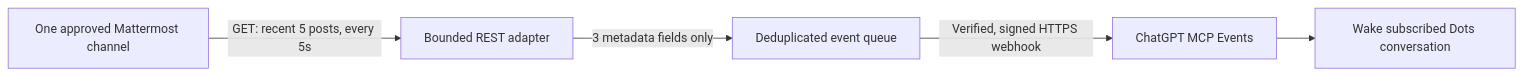
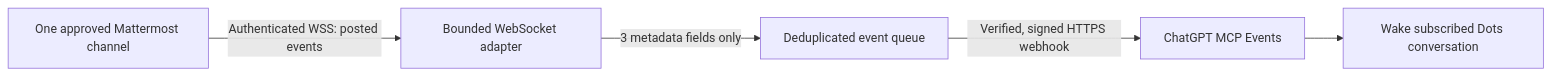
The diagram in README.md (moruku36/mattermost-dots-poc), drawn with Mermaid before and after one commit. The commit also changed other lines of this file and 14 other files, not shown here.

Commit message:
Replace bounded REST polling with authenticated WebSocket posted events

````diff
--- a/README.md
+++ b/README.md
@@ -9,7 +9,7 @@
 ```mermaid
 flowchart LR
-  M[One approved Mattermost channel] -->|GET: recent 5 posts, every 5s| P[Bounded REST adapter]
+  M[One approved Mattermost channel] -->|Authenticated WSS: posted events| P[Bounded WebSocket adapter]
   P -->|3 metadata fields only| Q[Deduplicated event queue]
   Q -->|Verified, signed HTTPS webhook| C[ChatGPT MCP Events]
   C --> D[Wake subscribed Dots conversation]
 ```
````
